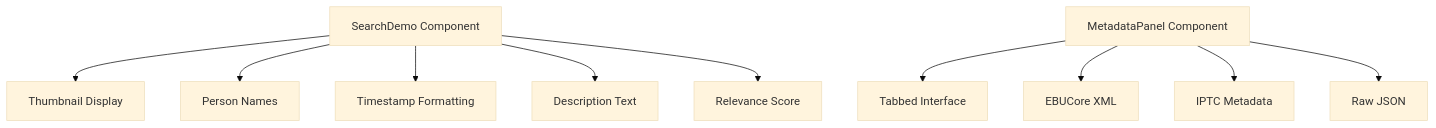
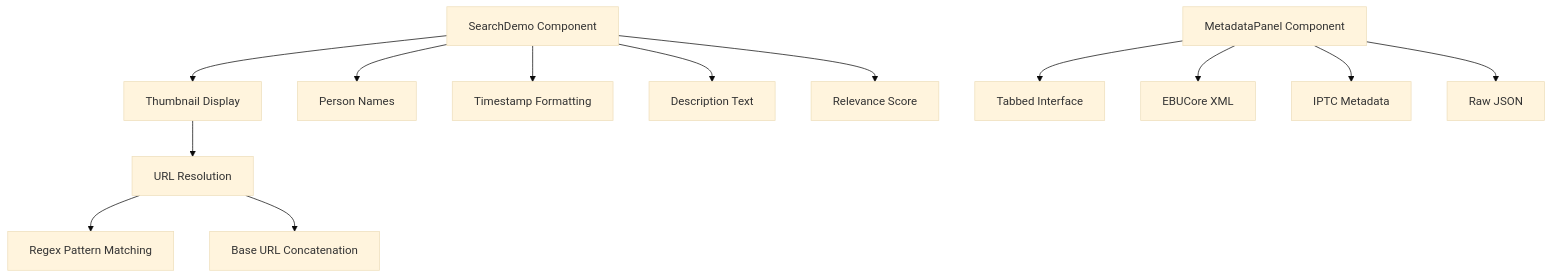
The eighth of 10 diagrams in .qoder/repowiki/en/content/Intelligent Search System.md (alexandreybasta-cyber/dubai-media-ai), drawn with Mermaid (base theme) before and after one commit. The commit also changed other lines of this file and 23 other files, not shown here.

````diff
--- a/.qoder/repowiki/en/content/Intelligent Search System.md
+++ b/.qoder/repowiki/en/content/Intelligent Search System.md
@@ -302,12 +343,15 @@
 ```mermaid
 graph TB
 SD["SearchDemo Component"] --> TH["Thumbnail Display"]
 SD --> PN["Person Names"]
 SD --> TS["Timestamp Formatting"]
 SD --> DESC["Description Text"]
 SD --> SCORE["Relevance Score"]
+TH --> URLRES["URL Resolution"]
+URLRES --> REGEX["Regex Pattern Matching"]
+URLRES --> BASEURL["Base URL Concatenation"]
 MP["MetadataPanel Component"] --> TABS["Tabbed Interface"]
 MP --> XML["EBUCore XML"]
 MP --> IPTC["IPTC Metadata"]
 MP --> RAW["Raw JSON"]
 ```
````
